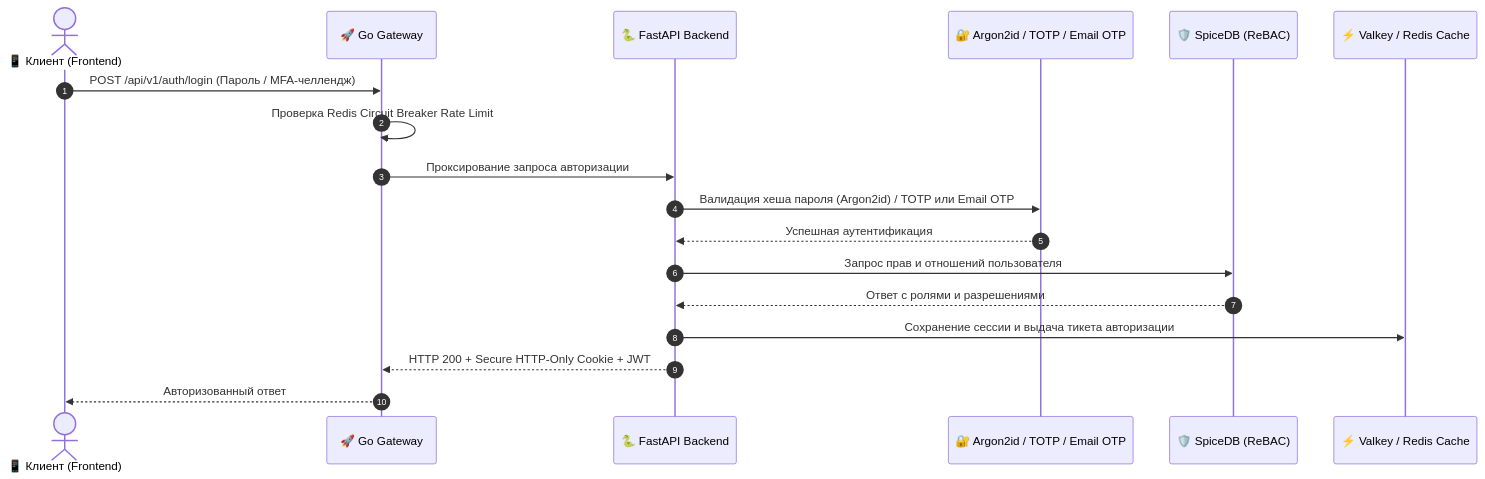
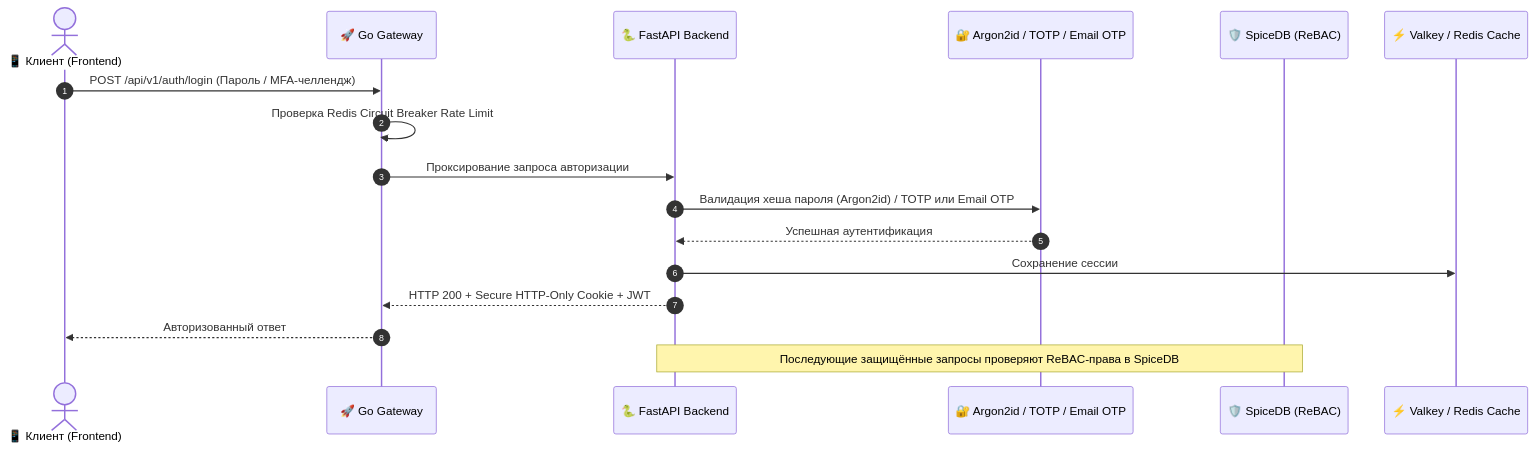
Before and after one commit to egorribun/university_ecosystem: the second of 3 diagrams in README.ru.md, drawn with Mermaid. The commit also changed other lines of this file and 2097 other files, not shown here.

````diff
--- a/README.ru.md
+++ b/README.ru.md
@@ -147,21 +152,20 @@
 ```mermaid
 sequenceDiagram
     autonumber
     actor Client as 📱 Клиент (Frontend)
     participant Gateway as 🚀 Go Gateway
     participant Backend as 🐍 FastAPI Backend
     participant Argon2 as 🔐 Argon2id / TOTP / Email OTP
     participant SpiceDB as 🛡️ SpiceDB (ReBAC)
     participant Redis as ⚡ Valkey / Redis Cache
 
     Client->>Gateway: POST /api/v1/auth/login (Пароль / MFA-челлендж)
     Gateway->>Gateway: Проверка Redis Circuit Breaker Rate Limit
     Gateway->>Backend: Проксирование запроса авторизации
     Backend->>Argon2: Валидация хеша пароля (Argon2id) / TOTP или Email OTP
     Argon2-->>Backend: Успешная аутентификация
-    Backend->>SpiceDB: Запрос прав и отношений пользователя
-    SpiceDB-->>Backend: Ответ с ролями и разрешениями
-    Backend->>Redis: Сохранение сессии и выдача тикета авторизации
+    Backend->>Redis: Сохранение сессии
     Backend-->>Gateway: HTTP 200 + Secure HTTP-Only Cookie + JWT
     Gateway-->>Client: Авторизованный ответ
+    Note over Backend,SpiceDB: Последующие защищённые запросы проверяют ReBAC-права в SpiceDB
 ```
````
